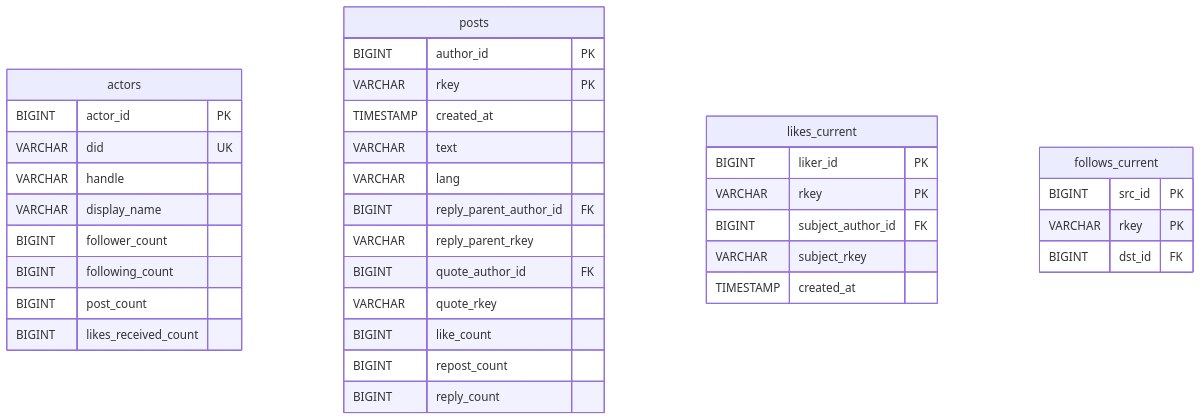
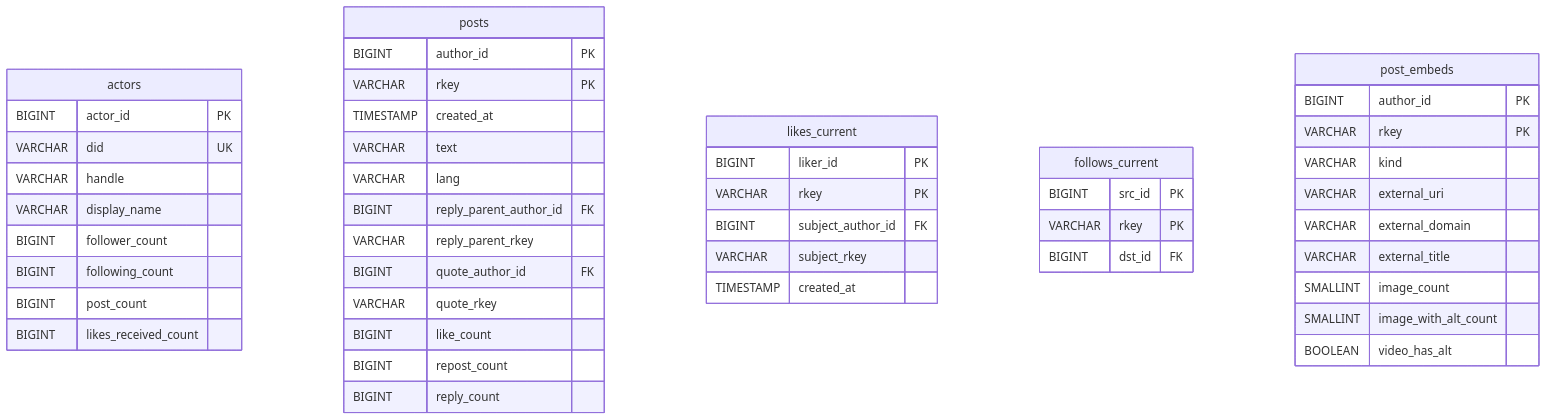
The second of 2 diagrams in README.md (pboueri/atproto-db-snapshot), drawn with Mermaid before and after one commit. The commit also changed other lines of this file and 14 other files, not shown here.

First line of the commit message:
Add post_embeds sidecar table per specs/002

````diff
--- a/README.md
+++ b/README.md
@@ -105,42 +106,54 @@
 ```mermaid
 erDiagram
     actors {
         BIGINT  actor_id PK
         VARCHAR did      UK
         VARCHAR handle
         VARCHAR display_name
         BIGINT  follower_count
         BIGINT  following_count
         BIGINT  post_count
         BIGINT  likes_received_count
     }
 
     posts {
         BIGINT    author_id PK
         VARCHAR   rkey      PK
         TIMESTAMP created_at
         VARCHAR   text
         VARCHAR   lang
         BIGINT    reply_parent_author_id FK
         VARCHAR   reply_parent_rkey
         BIGINT    quote_author_id FK
         VARCHAR   quote_rkey
         BIGINT    like_count
         BIGINT    repost_count
         BIGINT    reply_count
     }
 
     likes_current {
         BIGINT    liker_id          PK
         VARCHAR   rkey              PK
         BIGINT    subject_author_id FK
         VARCHAR   subject_rkey
         TIMESTAMP created_at
     }
 
     follows_current {
         BIGINT    src_id PK
         VARCHAR   rkey   PK
         BIGINT    dst_id FK
     }
+
+    post_embeds {
+        BIGINT    author_id            PK
+        VARCHAR   rkey                 PK
+        VARCHAR   kind
+        VARCHAR   external_uri
+        VARCHAR   external_domain
+        VARCHAR   external_title
+        SMALLINT  image_count
+        SMALLINT  image_with_alt_count
+        BOOLEAN   video_has_alt
+    }
 ```
````
